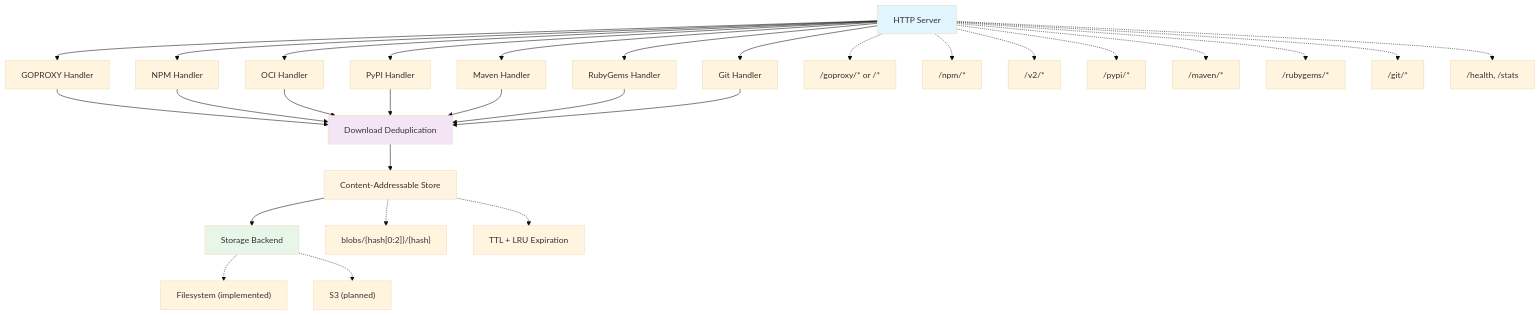
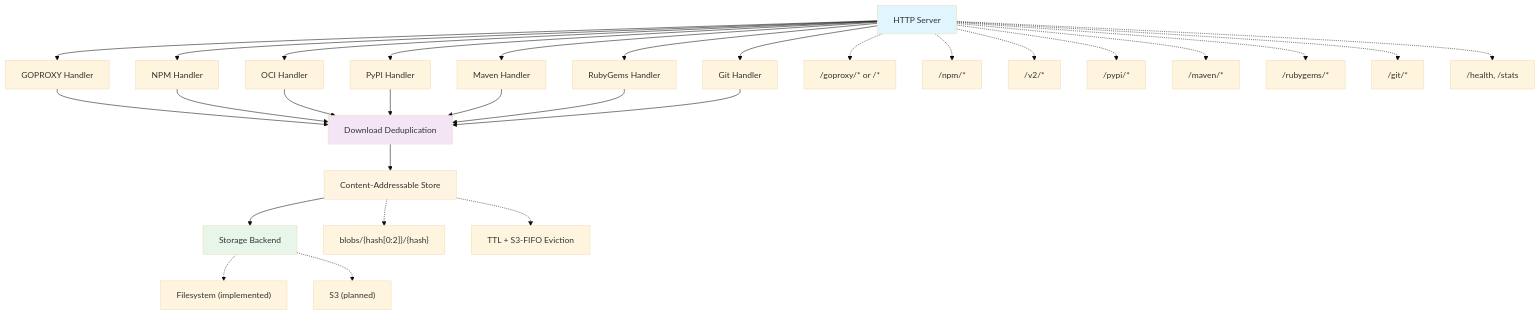
Before and after one commit to wolfeidau/content-cache: the diagram in README.md, drawn with Mermaid (base theme). The commit also changed other lines of this file and 17 other files, not shown here.

First line of the commit message:
refactor: remove LRU eviction policy, make S3-FIFO the sole eviction algorithm

````diff
--- a/README.md
+++ b/README.md
@@ -152,42 +152,42 @@
 ```mermaid
 graph TD
     A[HTTP Server] --> B[GOPROXY Handler]
     A --> C[NPM Handler]
     A --> D[OCI Handler]
     A --> G[PyPI Handler]
     A --> H[Maven Handler]
     A --> I[RubyGems Handler]
     A --> J[Git Handler]
 
     B --> DL[Download Deduplication]
     C --> DL
     D --> DL
     G --> DL
     H --> DL
     I --> DL
     J --> DL
 
     DL --> E[Content-Addressable Store]
 
     E --> F[Storage Backend]
 
     A -.-> A1["/goproxy/* or /*"]
     A -.-> A2["/npm/*"]
     A -.-> A3["/v2/*"]
     A -.-> A4["/pypi/*"]
     A -.-> A5["/maven/*"]
     A -.-> A6["/rubygems/*"]
     A -.-> A8["/git/*"]
     A -.-> A7["/health, /stats"]
 
     E -.-> E1["blobs/{hash[0:2]}/{hash}"]
-    E -.-> E2["TTL + LRU Expiration"]
+    E -.-> E2["TTL + S3-FIFO Eviction"]
 
     F -.-> F1["Filesystem (implemented)"]
     F -.-> F2["S3 (planned)"]
 
     style A fill:#e1f5ff
     style DL fill:#f3e5f5
     style E fill:#fff4e1
     style F fill:#e8f5e9
 ```
````
